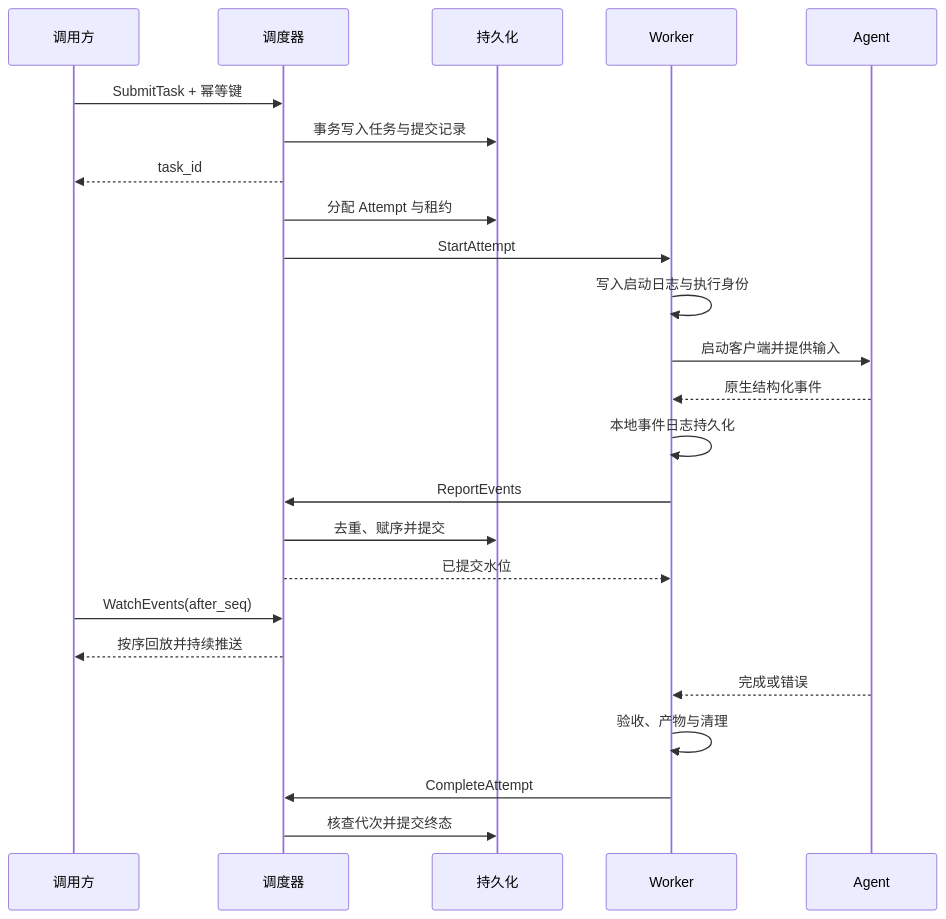
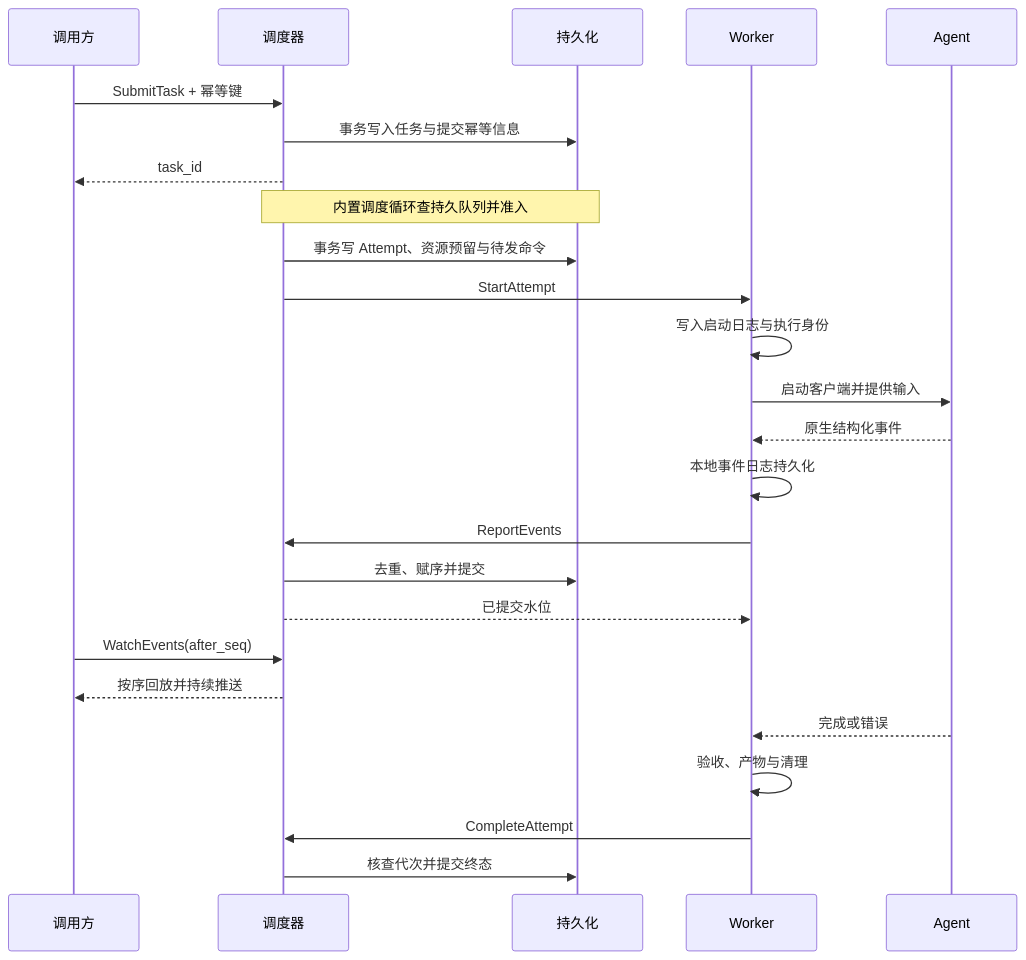
The third of 3 diagrams in docs/design/agent-orchestration-go.md (tommyxie2026-tech/computecloud), drawn with Mermaid before and after one commit. The commit also changed other lines of this file and 6 other files, not shown here.

````diff
--- a/docs/design/agent-orchestration-go.md
+++ b/docs/design/agent-orchestration-go.md
@@ -146,26 +165,27 @@
 ```mermaid
 sequenceDiagram
     participant U as 调用方
     participant S as 调度器
     participant D as 持久化
     participant W as Worker
     participant A as Agent
     U->>S: SubmitTask + 幂等键
-    S->>D: 事务写入任务与提交记录
+    S->>D: 事务写入任务与提交幂等信息
     S-->>U: task_id
-    S->>D: 分配 Attempt 与租约
+    Note over S,D: 内置调度循环查持久队列并准入
+    S->>D: 事务写 Attempt、资源预留与待发命令
     S->>W: StartAttempt
     W->>W: 写入启动日志与执行身份
     W->>A: 启动客户端并提供输入
     A-->>W: 原生结构化事件
     W->>W: 本地事件日志持久化
     W->>S: ReportEvents
     S->>D: 去重、赋序并提交
     S-->>W: 已提交水位
     U->>S: WatchEvents(after_seq)
     S-->>U: 按序回放并持续推送
     A-->>W: 完成或错误
     W->>W: 验收、产物与清理
     W->>S: CompleteAttempt
     S->>D: 核查代次并提交终态
 ```
````
